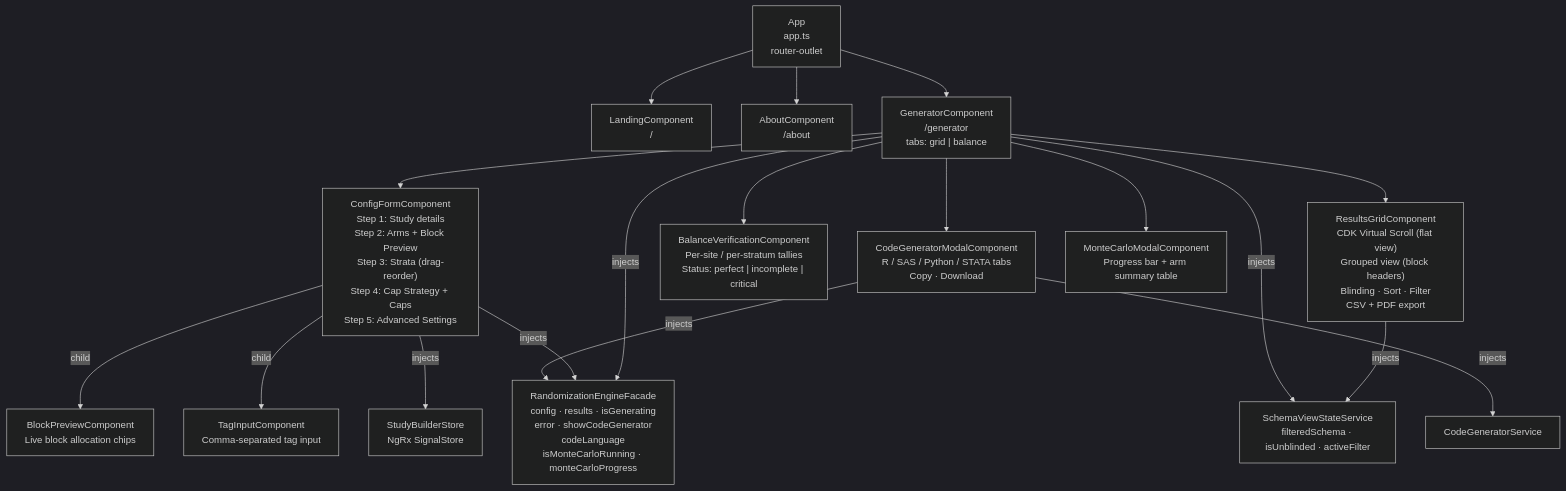
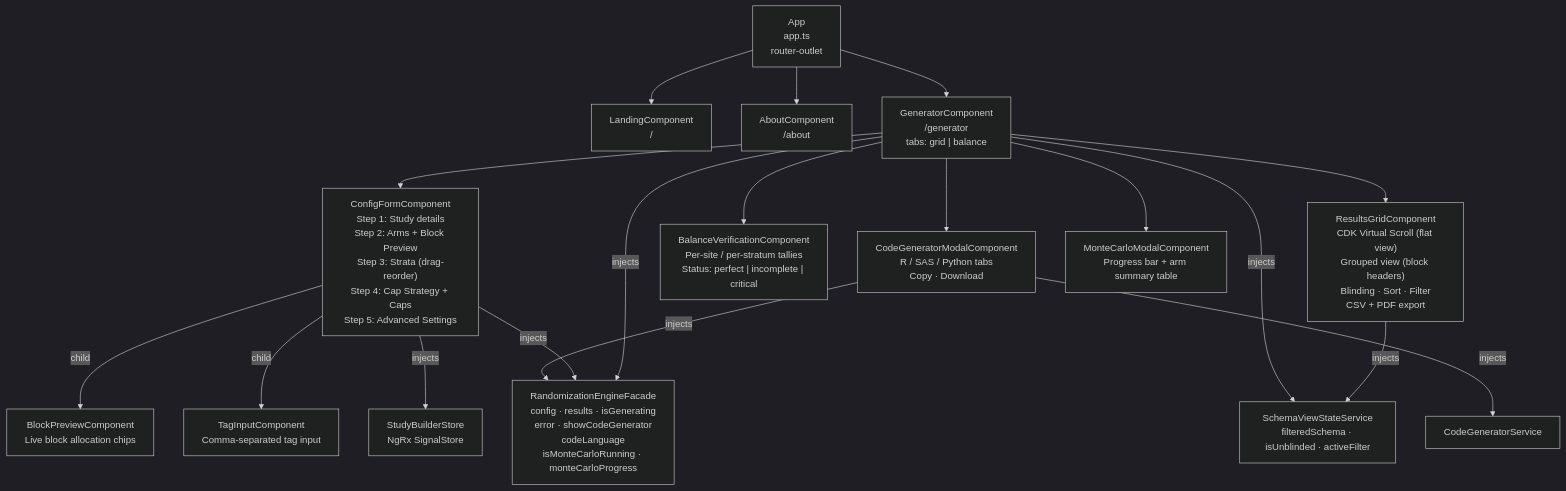
One commit to fderuiter/Clinical-Randomization-Generator changed the third of 17 diagrams in docs/ARCHITECTURE.md. Above: the diagram before and after it, drawn with Mermaid (dark theme). The commit also changed other lines of this file and 12 other files, not shown here.

````diff
--- a/docs/ARCHITECTURE.md
+++ b/docs/ARCHITECTURE.md
@@ -281,27 +268,27 @@
 ```mermaid
 graph TD
     ROOT["App\napp.ts\nrouter-outlet"]
 
     ROOT --> LANDING["LandingComponent\n/"]
     ROOT --> ABOUT["AboutComponent\n/about"]
     ROOT --> GEN["GeneratorComponent\n/generator\ntabs: grid | balance"]
 
     GEN --> FORM["ConfigFormComponent\nStep 1: Study details\nStep 2: Arms + Block Preview\nStep 3: Strata (drag-reorder)\nStep 4: Cap Strategy + Caps\nStep 5: Advanced Settings"]
     GEN --> RGRID["ResultsGridComponent\nCDK Virtual Scroll (flat view)\nGrouped view (block headers)\nBlinding · Sort · Filter\nCSV + PDF export"]
     GEN --> BAL["BalanceVerificationComponent\nPer-site / per-stratum tallies\nStatus: perfect | incomplete | critical"]
-    GEN --> MODAL["CodeGeneratorModalComponent\nR / SAS / Python / STATA tabs\nCopy · Download"]
+    GEN --> MODAL["CodeGeneratorModalComponent\nR / SAS / Python tabs\nCopy · Download"]
     GEN --> MCMODAL["MonteCarloModalComponent\nProgress bar + arm summary table"]
 
     FORM -- "child" --> BPREV["BlockPreviewComponent\nLive block allocation chips"]
     FORM -- "child" --> TAGINPUT["TagInputComponent\nComma-separated tag input"]
 
     GEN -- "injects" --> FACADE
     FORM -- "injects" --> FACADE
     FORM -- "injects" --> STORE["StudyBuilderStore\nNgRx SignalStore"]
     RGRID -- "injects" --> VSSTATE["SchemaViewStateService\nfilteredSchema · isUnblinded · activeFilter"]
     GEN -- "injects" --> VSSTATE
     MODAL -- "injects" --> FACADE
     MODAL -- "injects" --> CGSVC["CodeGeneratorService"]
 
     FACADE["RandomizationEngineFacade\nconfig · results · isGenerating\nerror · showCodeGenerator\ncodeLanguage\nisMonteCarloRunning · monteCarloProgress"]
 ```
````
